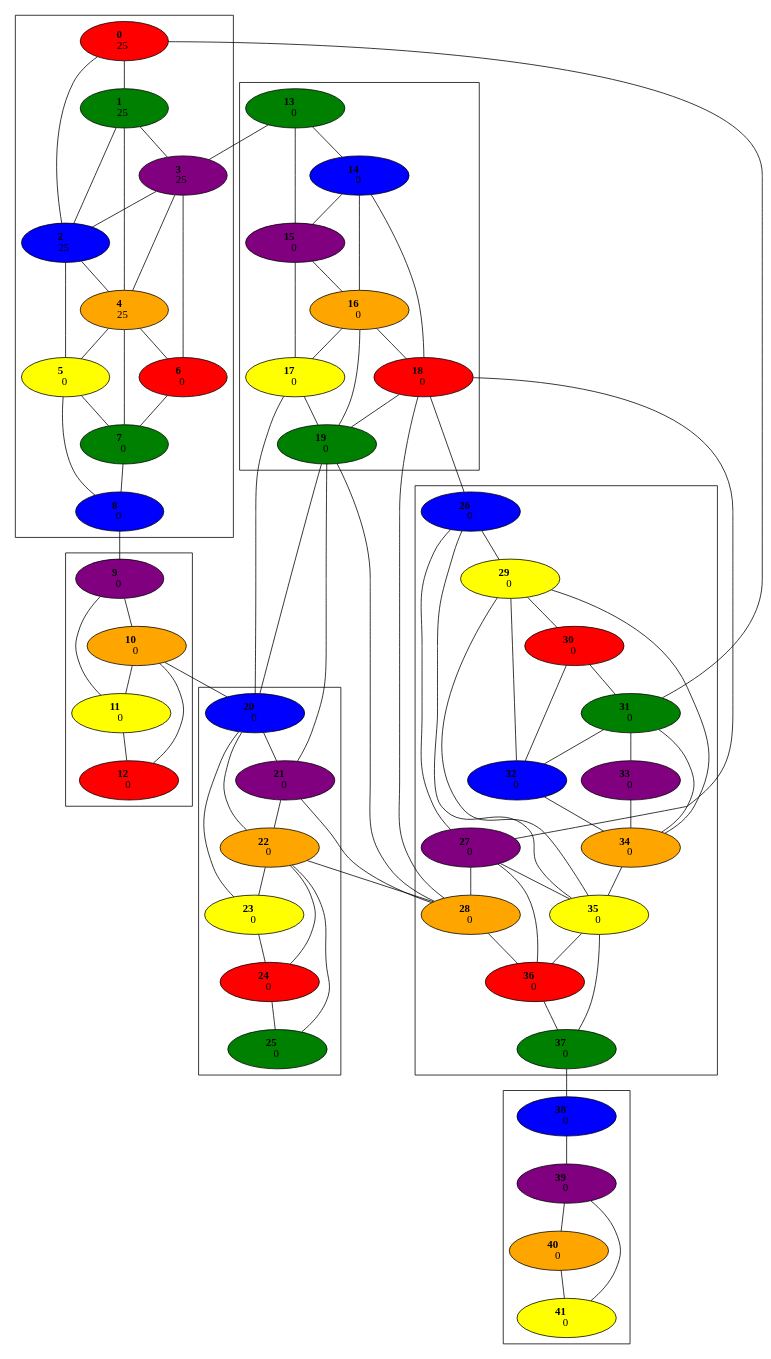
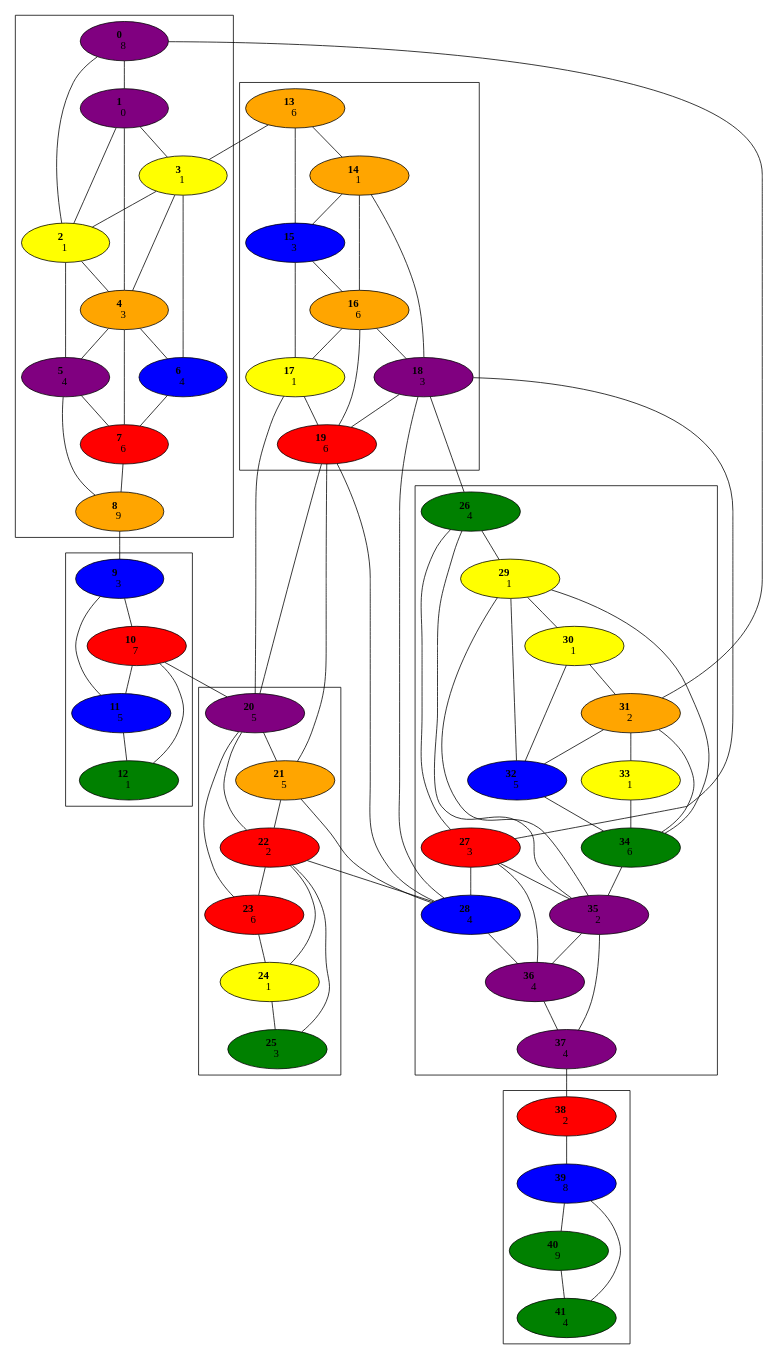
One commit to jsf2408/Risk changed the diagram in Graph.gv. Above: the diagram before and after it, drawn with Graphviz. The commit also changed 1 other file, not shown here.

```diff
--- a/Graph.gv
+++ b/Graph.gv
@@ -136,88 +136,88 @@
 	39 -- 40
 	39 -- 41
 	40 -- 41
-	0 [fillcolor=red style=filled]
-	1 [fillcolor=green style=filled]
-	2 [fillcolor=blue style=filled]
-	3 [fillcolor=purple style=filled]
+	0 [fillcolor=purple style=filled]
+	1 [fillcolor=purple style=filled]
+	2 [fillcolor=yellow style=filled]
+	3 [fillcolor=yellow style=filled]
 	4 [fillcolor=orange style=filled]
-	5 [fillcolor=yellow style=filled]
-	6 [fillcolor=red style=filled]
-	7 [fillcolor=green style=filled]
-	8 [fillcolor=blue style=filled]
-	9 [fillcolor=purple style=filled]
-	10 [fillcolor=orange style=filled]
-	11 [fillcolor=yellow style=filled]
-	12 [fillcolor=red style=filled]
-	13 [fillcolor=green style=filled]
-	14 [fillcolor=blue style=filled]
-	15 [fillcolor=purple style=filled]
+	5 [fillcolor=purple style=filled]
+	6 [fillcolor=blue style=filled]
+	7 [fillcolor=red style=filled]
+	8 [fillcolor=orange style=filled]
+	9 [fillcolor=blue style=filled]
+	10 [fillcolor=red style=filled]
+	11 [fillcolor=blue style=filled]
+	12 [fillcolor=green style=filled]
+	13 [fillcolor=orange style=filled]
+	14 [fillcolor=orange style=filled]
+	15 [fillcolor=blue style=filled]
 	16 [fillcolor=orange style=filled]
 	17 [fillcolor=yellow style=filled]
-	18 [fillcolor=red style=filled]
-	19 [fillcolor=green style=filled]
-	20 [fillcolor=blue style=filled]
-	21 [fillcolor=purple style=filled]
-	22 [fillcolor=orange style=filled]
-	23 [fillcolor=yellow style=filled]
-	24 [fillcolor=red style=filled]
+	18 [fillcolor=purple style=filled]
+	19 [fillcolor=red style=filled]
+	20 [fillcolor=purple style=filled]
+	21 [fillcolor=orange style=filled]
+	22 [fillcolor=red style=filled]
+	23 [fillcolor=red style=filled]
+	24 [fillcolor=yellow style=filled]
 	25 [fillcolor=green style=filled]
-	26 [fillcolor=blue style=filled]
-	27 [fillcolor=purple style=filled]
-	28 [fillcolor=orange style=filled]
+	26 [fillcolor=green style=filled]
+	27 [fillcolor=red style=filled]
+	28 [fillcolor=blue style=filled]
 	29 [fillcolor=yellow style=filled]
-	30 [fillcolor=red style=filled]
-	31 [fillcolor=green style=filled]
+	30 [fillcolor=yellow style=filled]
+	31 [fillcolor=orange style=filled]
 	32 [fillcolor=blue style=filled]
-	33 [fillcolor=purple style=filled]
-	34 [fillcolor=orange style=filled]
-	35 [fillcolor=yellow style=filled]
-	36 [fillcolor=red style=filled]
-	37 [fillcolor=green style=filled]
-	38 [fillcolor=blue style=filled]
-	39 [fillcolor=purple style=filled]
-	40 [fillcolor=orange style=filled]
-	41 [fillcolor=yellow style=filled]
-	0 [label=< <b>      0    </b> <br/>25>]
-	1 [label=< <b>      1    </b> <br/>25>]
-	2 [label=< <b>      2    </b> <br/>25>]
-	3 [label=< <b>      3    </b> <br/>25>]
-	4 [label=< <b>      4    </b> <br/>25>]
-	5 [label=< <b>      5    </b> <br/>0>]
-	6 [label=< <b>      6    </b> <br/>0>]
-	7 [label=< <b>      7    </b> <br/>0>]
-	8 [label=< <b>      8    </b> <br/>0>]
-	9 [label=< <b>      9    </b> <br/>0>]
-	10 [label=< <b>      10    </b> <br/>0>]
-	11 [label=< <b>      11    </b> <br/>0>]
-	12 [label=< <b>      12    </b> <br/>0>]
-	13 [label=< <b>      13    </b> <br/>0>]
-	14 [label=< <b>      14    </b> <br/>0>]
-	15 [label=< <b>      15    </b> <br/>0>]
-	16 [label=< <b>      16    </b> <br/>0>]
-	17 [label=< <b>      17    </b> <br/>0>]
-	18 [label=< <b>      18    </b> <br/>0>]
-	19 [label=< <b>      19    </b> <br/>0>]
-	20 [label=< <b>      20    </b> <br/>0>]
-	21 [label=< <b>      21    </b> <br/>0>]
-	22 [label=< <b>      22    </b> <br/>0>]
-	23 [label=< <b>      23    </b> <br/>0>]
-	24 [label=< <b>      24    </b> <br/>0>]
-	25 [label=< <b>      25    </b> <br/>0>]
-	26 [label=< <b>      26    </b> <br/>0>]
-	27 [label=< <b>      27    </b> <br/>0>]
-	28 [label=< <b>      28    </b> <br/>0>]
-	29 [label=< <b>      29    </b> <br/>0>]
-	30 [label=< <b>      30    </b> <br/>0>]
-	31 [label=< <b>      31    </b> <br/>0>]
-	32 [label=< <b>      32    </b> <br/>0>]
-	33 [label=< <b>      33    </b> <br/>0>]
-	34 [label=< <b>      34    </b> <br/>0>]
-	35 [label=< <b>      35    </b> <br/>0>]
-	36 [label=< <b>      36    </b> <br/>0>]
-	37 [label=< <b>      37    </b> <br/>0>]
-	38 [label=< <b>      38    </b> <br/>0>]
-	39 [label=< <b>      39    </b> <br/>0>]
-	40 [label=< <b>      40    </b> <br/>0>]
-	41 [label=< <b>      41    </b> <br/>0>]
+	33 [fillcolor=yellow style=filled]
+	34 [fillcolor=green style=filled]
+	35 [fillcolor=purple style=filled]
+	36 [fillcolor=purple style=filled]
+	37 [fillcolor=purple style=filled]
+	38 [fillcolor=red style=filled]
+	39 [fillcolor=blue style=filled]
+	40 [fillcolor=green style=filled]
+	41 [fillcolor=green style=filled]
+	0 [label=< <b>      0    </b> <br/>8>]
+	1 [label=< <b>      1    </b> <br/>0>]
+	2 [label=< <b>      2    </b> <br/>1>]
+	3 [label=< <b>      3    </b> <br/>1>]
+	4 [label=< <b>      4    </b> <br/>3>]
+	5 [label=< <b>      5    </b> <br/>4>]
+	6 [label=< <b>      6    </b> <br/>4>]
+	7 [label=< <b>      7    </b> <br/>6>]
+	8 [label=< <b>      8    </b> <br/>9>]
+	9 [label=< <b>      9    </b> <br/>3>]
+	10 [label=< <b>      10    </b> <br/>7>]
+	11 [label=< <b>      11    </b> <br/>5>]
+	12 [label=< <b>      12    </b> <br/>1>]
+	13 [label=< <b>      13    </b> <br/>6>]
+	14 [label=< <b>      14    </b> <br/>1>]
+	15 [label=< <b>      15    </b> <br/>3>]
+	16 [label=< <b>      16    </b> <br/>6>]
+	17 [label=< <b>      17    </b> <br/>1>]
+	18 [label=< <b>      18    </b> <br/>3>]
+	19 [label=< <b>      19    </b> <br/>6>]
+	20 [label=< <b>      20    </b> <br/>5>]
+	21 [label=< <b>      21    </b> <br/>5>]
+	22 [label=< <b>      22    </b> <br/>2>]
+	23 [label=< <b>      23    </b> <br/>6>]
+	24 [label=< <b>      24    </b> <br/>1>]
+	25 [label=< <b>      25    </b> <br/>3>]
+	26 [label=< <b>      26    </b> <br/>4>]
+	27 [label=< <b>      27    </b> <br/>3>]
+	28 [label=< <b>      28    </b> <br/>4>]
+	29 [label=< <b>      29    </b> <br/>1>]
+	30 [label=< <b>      30    </b> <br/>1>]
+	31 [label=< <b>      31    </b> <br/>2>]
+	32 [label=< <b>      32    </b> <br/>5>]
+	33 [label=< <b>      33    </b> <br/>1>]
+	34 [label=< <b>      34    </b> <br/>6>]
+	35 [label=< <b>      35    </b> <br/>2>]
+	36 [label=< <b>      36    </b> <br/>4>]
+	37 [label=< <b>      37    </b> <br/>4>]
+	38 [label=< <b>      38    </b> <br/>2>]
+	39 [label=< <b>      39    </b> <br/>8>]
+	40 [label=< <b>      40    </b> <br/>9>]
+	41 [label=< <b>      41    </b> <br/>4>]
 }
```
